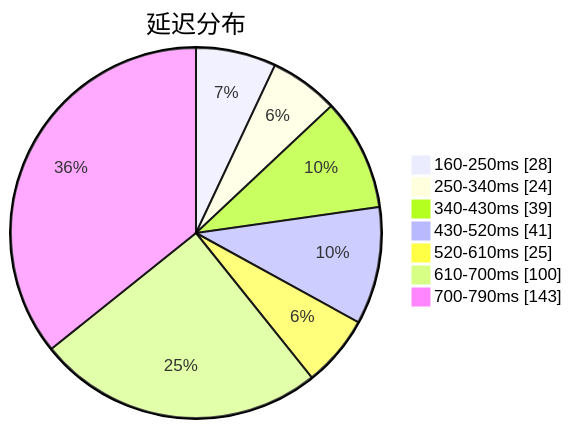
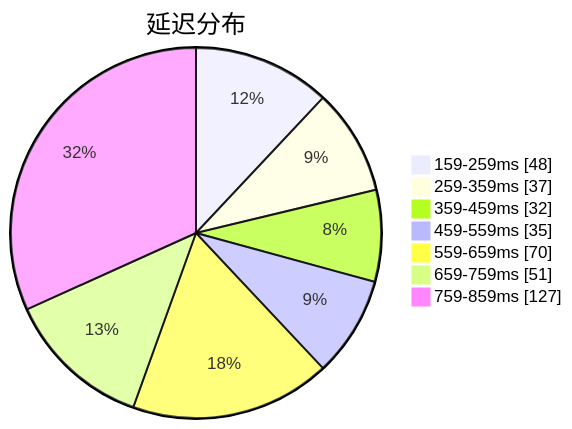
Before and after one commit to qjlxg/airport: the first of 3 diagrams in subs/statistics/tested_within.md, drawn with Mermaid. The commit also changed other lines of this file and 2 other files, not shown here.

Commit message:
Tested by metaST

````diff
--- a/subs/statistics/tested_within.md
+++ b/subs/statistics/tested_within.md
@@ -2,11 +2,11 @@
 ```mermaid
 pie showData
 title 延迟分布
-"160-250ms" : 28
-"250-340ms" : 24
-"340-430ms" : 39
-"430-520ms" : 41
-"520-610ms" : 25
-"610-700ms" : 100
-"700-790ms" : 143
+"159-259ms" : 48
+"259-359ms" : 37
+"359-459ms" : 32
+"459-559ms" : 35
+"559-659ms" : 70
+"659-759ms" : 51
+"759-859ms" : 127
 ```
````
